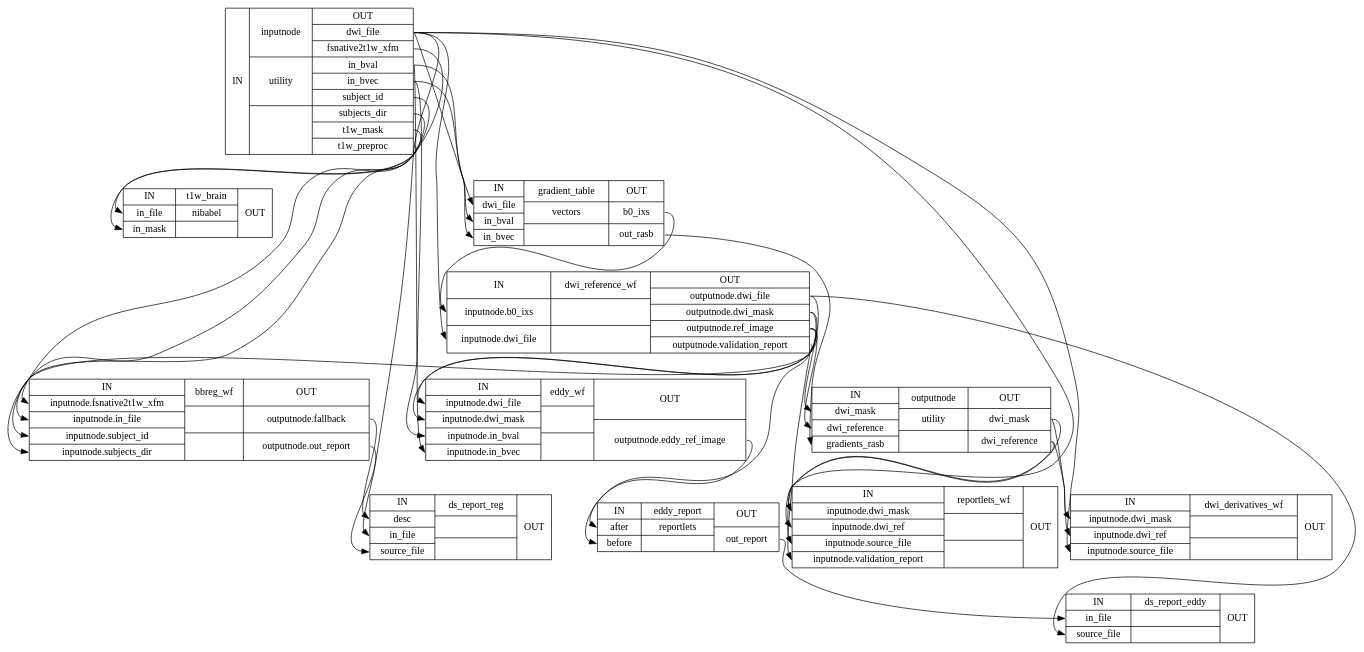
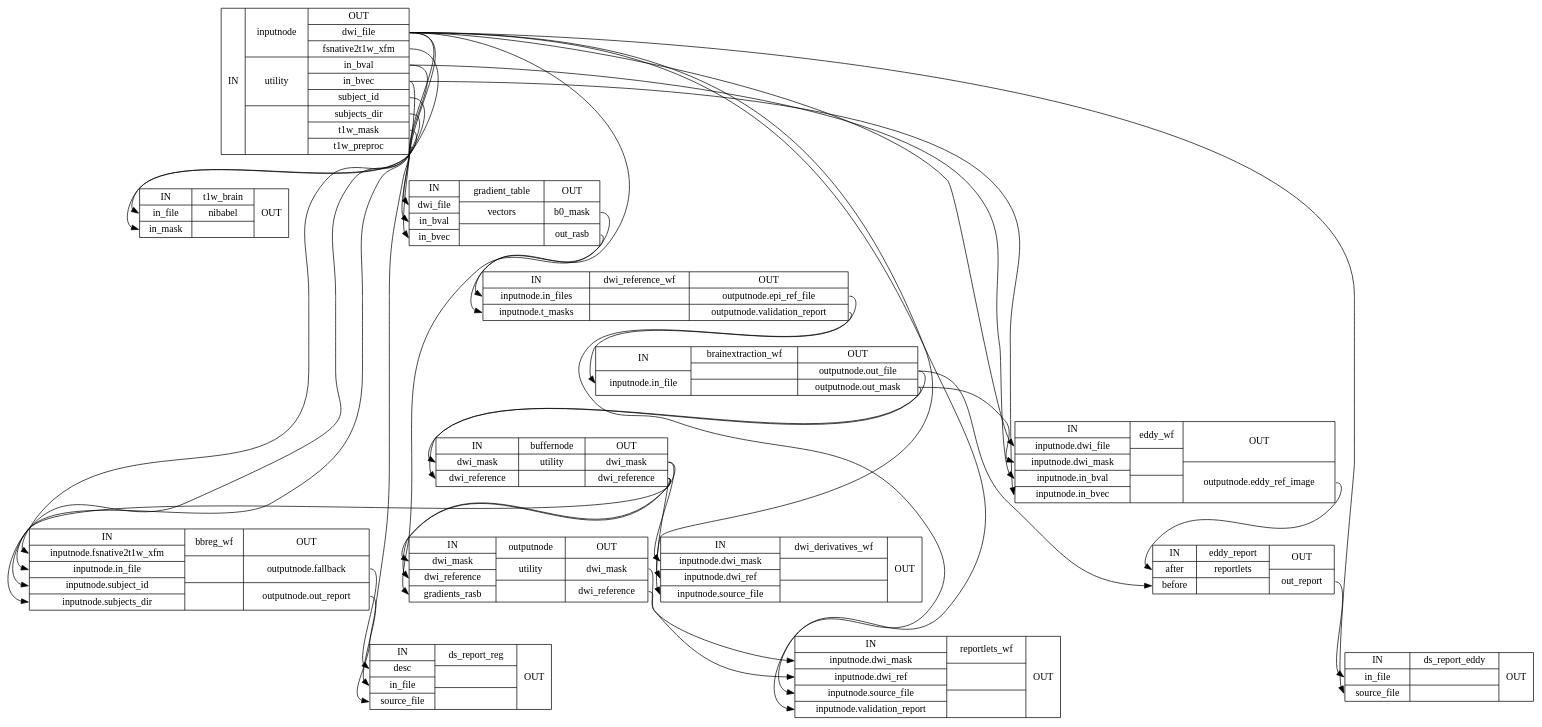
The diagram in 0.5.0rc0/wf_directive/api/dwi_preproc_wf/dmriprep-workflows-dwi-base-1_detailed.dot (nipreps/dmriprep), drawn with Graphviz before and after one commit. The commit also changed 922 other files, not shown here.

```diff
--- a/0.5.0rc0/wf_directive/api/dwi_preproc_wf/dmriprep-workflows-dwi-base-1_detailed.dot
+++ b/0.5.0rc0/wf_directive/api/dwi_preproc_wf/dmriprep-workflows-dwi-base-1_detailed.dot
@@ -1,47 +1,52 @@
 digraph structs {
 node [shape=record];
 dwi_preproc_wfinputnode [label="{IN}|{ inputnode | utility |  }|{OUT|<outdwifile> dwi_file|<outfsnative2t1wxfm> fsnative2t1w_xfm|<outinbval> in_bval|<outinbvec> in_bvec|<outsubjectid> subject_id|<outsubjectsdir> subjects_dir|<outt1wmask> t1w_mask|<outt1wpreproc> t1w_preproc}"];
 dwi_preproc_wft1w_brain [label="{IN|<ininfile> in_file|<ininmask> in_mask}|{ t1w_brain | nibabel |  }|{OUT}"];
-dwi_preproc_wfgradient_table [label="{IN|<indwifile> dwi_file|<ininbval> in_bval|<ininbvec> in_bvec}|{ gradient_table | vectors |  }|{OUT|<outb0ixs> b0_ixs|<outoutrasb> out_rasb}"];
-dwi_preproc_wfdwi_reference_wf [label="{IN|<ininputnodeb0ixs> inputnode.b0_ixs|<ininputnodedwifile> inputnode.dwi_file}|{ dwi_reference_wf |  |  }|{OUT|<outoutputnodedwifile> outputnode.dwi_file|<outoutputnodedwimask> outputnode.dwi_mask|<outoutputnoderefimage> outputnode.ref_image|<outoutputnodevalidationreport> outputnode.validation_report}"];
+dwi_preproc_wfgradient_table [label="{IN|<indwifile> dwi_file|<ininbval> in_bval|<ininbvec> in_bvec}|{ gradient_table | vectors |  }|{OUT|<outb0mask> b0_mask|<outoutrasb> out_rasb}"];
+dwi_preproc_wfdwi_reference_wf [label="{IN|<ininputnodeinfiles> inputnode.in_files|<ininputnodetmasks> inputnode.t_masks}|{ dwi_reference_wf |  |  }|{OUT|<outoutputnodeepireffile> outputnode.epi_ref_file|<outoutputnodevalidationreport> outputnode.validation_report}"];
+dwi_preproc_wfbrainextraction_wf [label="{IN|<ininputnodeinfile> inputnode.in_file}|{ brainextraction_wf |  |  }|{OUT|<outoutputnodeoutfile> outputnode.out_file|<outoutputnodeoutmask> outputnode.out_mask}"];
+dwi_preproc_wfbuffernode [label="{IN|<indwimask> dwi_mask|<indwireference> dwi_reference}|{ buffernode | utility |  }|{OUT|<outdwimask> dwi_mask|<outdwireference> dwi_reference}"];
+dwi_preproc_wfbbreg_wf [label="{IN|<ininputnodefsnative2t1wxfm> inputnode.fsnative2t1w_xfm|<ininputnodeinfile> inputnode.in_file|<ininputnodesubjectid> inputnode.subject_id|<ininputnodesubjectsdir> inputnode.subjects_dir}|{ bbreg_wf |  |  }|{OUT|<outoutputnodefallback> outputnode.fallback|<outoutputnodeoutreport> outputnode.out_report}"];
+dwi_preproc_wfds_report_reg [label="{IN|<indesc> desc|<ininfile> in_file|<insourcefile> source_file}|{ ds_report_reg |  |  }|{OUT}"];
 dwi_preproc_wfoutputnode [label="{IN|<indwimask> dwi_mask|<indwireference> dwi_reference|<ingradientsrasb> gradients_rasb}|{ outputnode | utility |  }|{OUT|<outdwimask> dwi_mask|<outdwireference> dwi_reference}"];
 dwi_preproc_wfreportlets_wf [label="{IN|<ininputnodedwimask> inputnode.dwi_mask|<ininputnodedwiref> inputnode.dwi_ref|<ininputnodesourcefile> inputnode.source_file|<ininputnodevalidationreport> inputnode.validation_report}|{ reportlets_wf |  |  }|{OUT}"];
 dwi_preproc_wfdwi_derivatives_wf [label="{IN|<ininputnodedwimask> inputnode.dwi_mask|<ininputnodedwiref> inputnode.dwi_ref|<ininputnodesourcefile> inputnode.source_file}|{ dwi_derivatives_wf |  |  }|{OUT}"];
 dwi_preproc_wfeddy_wf [label="{IN|<ininputnodedwifile> inputnode.dwi_file|<ininputnodedwimask> inputnode.dwi_mask|<ininputnodeinbval> inputnode.in_bval|<ininputnodeinbvec> inputnode.in_bvec}|{ eddy_wf |  |  }|{OUT|<outoutputnodeeddyrefimage> outputnode.eddy_ref_image}"];
 dwi_preproc_wfeddy_report [label="{IN|<inafter> after|<inbefore> before}|{ eddy_report | reportlets |  }|{OUT|<outoutreport> out_report}"];
 dwi_preproc_wfds_report_eddy [label="{IN|<ininfile> in_file|<insourcefile> source_file}|{ ds_report_eddy |  |  }|{OUT}"];
-dwi_preproc_wfbbreg_wf [label="{IN|<ininputnodefsnative2t1wxfm> inputnode.fsnative2t1w_xfm|<ininputnodeinfile> inputnode.in_file|<ininputnodesubjectid> inputnode.subject_id|<ininputnodesubjectsdir> inputnode.subjects_dir}|{ bbreg_wf |  |  }|{OUT|<outoutputnodefallback> outputnode.fallback|<outoutputnodeoutreport> outputnode.out_report}"];
-dwi_preproc_wfds_report_reg [label="{IN|<indesc> desc|<ininfile> in_file|<insourcefile> source_file}|{ ds_report_reg |  |  }|{OUT}"];
 dwi_preproc_wfbbreg_wf:outoutputnodefallback:e -> dwi_preproc_wfds_report_reg:indesc:w;
 dwi_preproc_wfbbreg_wf:outoutputnodeoutreport:e -> dwi_preproc_wfds_report_reg:ininfile:w;
-dwi_preproc_wfdwi_reference_wf:outoutputnodedwifile:e -> dwi_preproc_wfds_report_eddy:insourcefile:w;
-dwi_preproc_wfdwi_reference_wf:outoutputnodedwifile:e -> dwi_preproc_wfeddy_wf:ininputnodedwifile:w;
-dwi_preproc_wfdwi_reference_wf:outoutputnodedwimask:e -> dwi_preproc_wfeddy_wf:ininputnodedwimask:w;
-dwi_preproc_wfdwi_reference_wf:outoutputnodedwimask:e -> dwi_preproc_wfoutputnode:indwimask:w;
-dwi_preproc_wfdwi_reference_wf:outoutputnoderefimage:e -> dwi_preproc_wfbbreg_wf:ininputnodeinfile:w;
-dwi_preproc_wfdwi_reference_wf:outoutputnoderefimage:e -> dwi_preproc_wfeddy_report:inbefore:w;
-dwi_preproc_wfdwi_reference_wf:outoutputnoderefimage:e -> dwi_preproc_wfoutputnode:indwireference:w;
+dwi_preproc_wfbrainextraction_wf:outoutputnodeoutfile:e -> dwi_preproc_wfbuffernode:indwireference:w;
+dwi_preproc_wfbrainextraction_wf:outoutputnodeoutfile:e -> dwi_preproc_wfeddy_report:inbefore:w;
+dwi_preproc_wfbrainextraction_wf:outoutputnodeoutmask:e -> dwi_preproc_wfbuffernode:indwimask:w;
+dwi_preproc_wfbrainextraction_wf:outoutputnodeoutmask:e -> dwi_preproc_wfeddy_wf:ininputnodedwimask:w;
+dwi_preproc_wfbuffernode:outdwimask:e -> dwi_preproc_wfdwi_derivatives_wf:ininputnodedwimask:w;
+dwi_preproc_wfbuffernode:outdwimask:e -> dwi_preproc_wfoutputnode:indwimask:w;
+dwi_preproc_wfbuffernode:outdwireference:e -> dwi_preproc_wfbbreg_wf:ininputnodeinfile:w;
+dwi_preproc_wfbuffernode:outdwireference:e -> dwi_preproc_wfdwi_derivatives_wf:ininputnodedwiref:w;
+dwi_preproc_wfbuffernode:outdwireference:e -> dwi_preproc_wfoutputnode:indwireference:w;
+dwi_preproc_wfdwi_reference_wf:outoutputnodeepireffile:e -> dwi_preproc_wfbrainextraction_wf:ininputnodeinfile:w;
 dwi_preproc_wfdwi_reference_wf:outoutputnodevalidationreport:e -> dwi_preproc_wfreportlets_wf:ininputnodevalidationreport:w;
 dwi_preproc_wfeddy_report:outoutreport:e -> dwi_preproc_wfds_report_eddy:ininfile:w;
 dwi_preproc_wfeddy_wf:outoutputnodeeddyrefimage:e -> dwi_preproc_wfeddy_report:inafter:w;
-dwi_preproc_wfgradient_table:outb0ixs:e -> dwi_preproc_wfdwi_reference_wf:ininputnodeb0ixs:w;
+dwi_preproc_wfgradient_table:outb0mask:e -> dwi_preproc_wfdwi_reference_wf:ininputnodetmasks:w;
 dwi_preproc_wfgradient_table:outoutrasb:e -> dwi_preproc_wfoutputnode:ingradientsrasb:w;
+dwi_preproc_wfinputnode:outdwifile:e -> dwi_preproc_wfds_report_eddy:insourcefile:w;
 dwi_preproc_wfinputnode:outdwifile:e -> dwi_preproc_wfds_report_reg:insourcefile:w;
 dwi_preproc_wfinputnode:outdwifile:e -> dwi_preproc_wfdwi_derivatives_wf:ininputnodesourcefile:w;
-dwi_preproc_wfinputnode:outdwifile:e -> dwi_preproc_wfdwi_reference_wf:ininputnodedwifile:w;
+dwi_preproc_wfinputnode:outdwifile:e -> dwi_preproc_wfdwi_reference_wf:ininputnodeinfiles:w;
+dwi_preproc_wfinputnode:outdwifile:e -> dwi_preproc_wfeddy_wf:ininputnodedwifile:w;
 dwi_preproc_wfinputnode:outdwifile:e -> dwi_preproc_wfgradient_table:indwifile:w;
 dwi_preproc_wfinputnode:outdwifile:e -> dwi_preproc_wfreportlets_wf:ininputnodesourcefile:w;
 dwi_preproc_wfinputnode:outfsnative2t1wxfm:e -> dwi_preproc_wfbbreg_wf:ininputnodefsnative2t1wxfm:w;
 dwi_preproc_wfinputnode:outinbval:e -> dwi_preproc_wfeddy_wf:ininputnodeinbval:w;
 dwi_preproc_wfinputnode:outinbval:e -> dwi_preproc_wfgradient_table:ininbval:w;
 dwi_preproc_wfinputnode:outinbvec:e -> dwi_preproc_wfeddy_wf:ininputnodeinbvec:w;
 dwi_preproc_wfinputnode:outinbvec:e -> dwi_preproc_wfgradient_table:ininbvec:w;
 dwi_preproc_wfinputnode:outsubjectid:e -> dwi_preproc_wfbbreg_wf:ininputnodesubjectid:w;
 dwi_preproc_wfinputnode:outsubjectsdir:e -> dwi_preproc_wfbbreg_wf:ininputnodesubjectsdir:w;
 dwi_preproc_wfinputnode:outt1wmask:e -> dwi_preproc_wft1w_brain:ininmask:w;
 dwi_preproc_wfinputnode:outt1wpreproc:e -> dwi_preproc_wft1w_brain:ininfile:w;
-dwi_preproc_wfoutputnode:outdwimask:e -> dwi_preproc_wfdwi_derivatives_wf:ininputnodedwimask:w;
 dwi_preproc_wfoutputnode:outdwimask:e -> dwi_preproc_wfreportlets_wf:ininputnodedwimask:w;
-dwi_preproc_wfoutputnode:outdwireference:e -> dwi_preproc_wfdwi_derivatives_wf:ininputnodedwiref:w;
 dwi_preproc_wfoutputnode:outdwireference:e -> dwi_preproc_wfreportlets_wf:ininputnodedwiref:w;
 }
```
